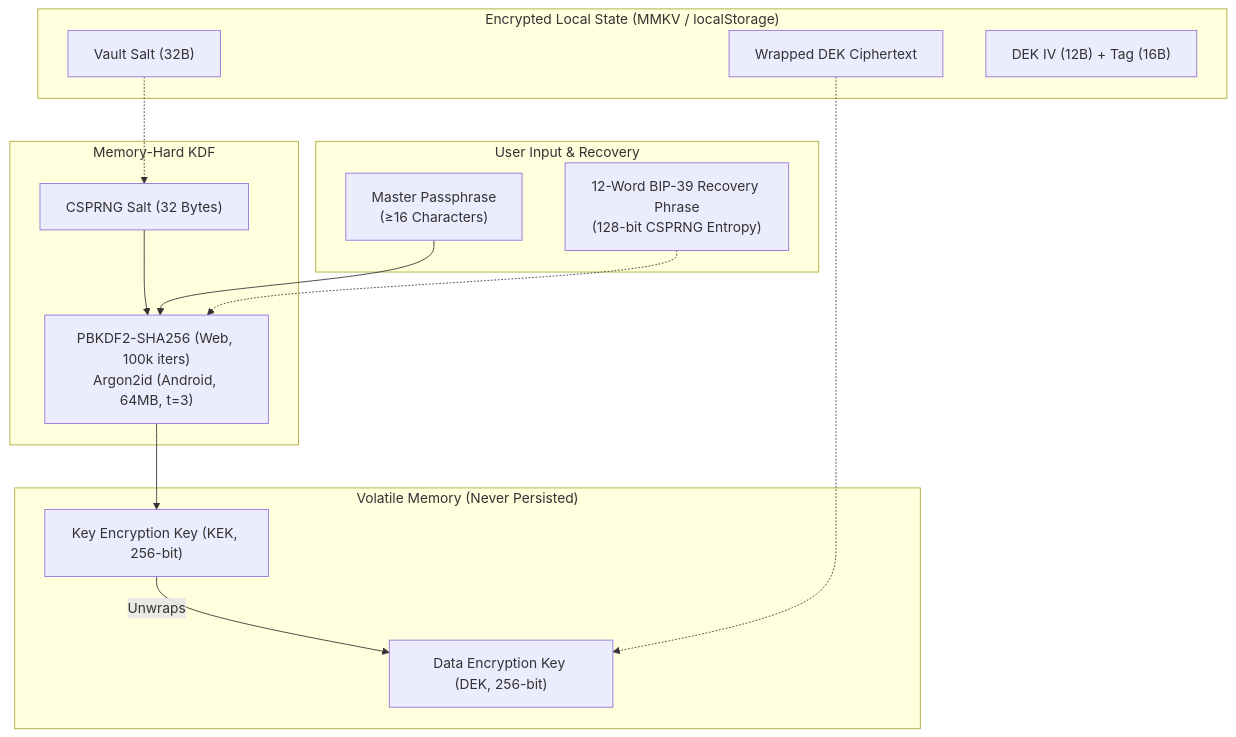
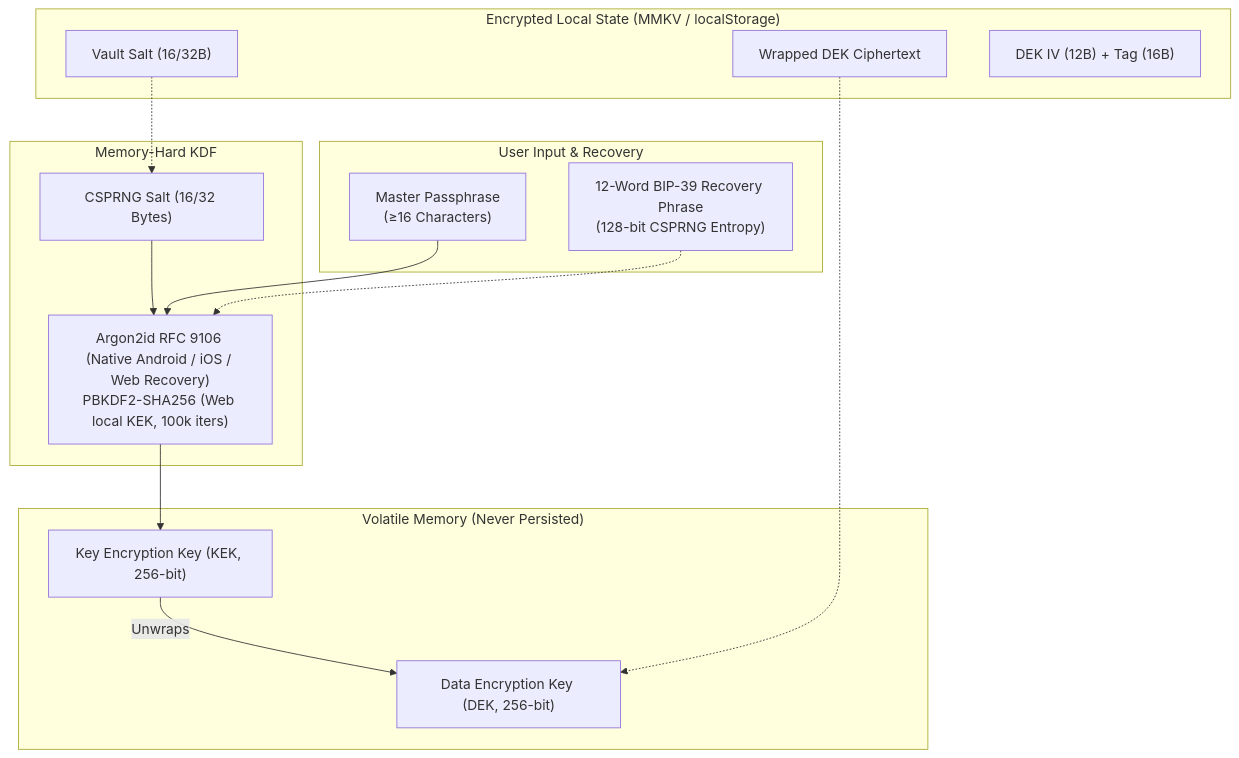
Before and after one commit to FROSTY-MUG/Ghost-Tag: the second of 5 diagrams in README.md, drawn with Mermaid. The commit also changed other lines of this file and 65 other files, not shown here.

````diff
--- a/README.md
+++ b/README.md
@@ -103,30 +110,30 @@
 ```mermaid
 flowchart TD
     subgraph UserCredentials["User Input & Recovery"]
         Passphrase["Master Passphrase<br/>(≥16 Characters)"]
         RecoveryPhrase["12-Word BIP-39 Recovery Phrase<br/>(128-bit CSPRNG Entropy)"]
     end
 
     subgraph KDFDerivation["Memory-Hard KDF"]
-        Salt["CSPRNG Salt (32 Bytes)"]
-        Salt --> DerivationEngine["PBKDF2-SHA256 (Web, 100k iters)<br/>Argon2id (Android, 64MB, t=3)"]
+        Salt["CSPRNG Salt (16/32 Bytes)"]
+        Salt --> DerivationEngine["Argon2id RFC 9106 (Native Android / iOS / Web Recovery)<br/>PBKDF2-SHA256 (Web local KEK, 100k iters)"]
         Passphrase --> DerivationEngine
         RecoveryPhrase -.-> DerivationEngine
     end
 
     subgraph MemoryTier["Volatile Memory (Never Persisted)"]
         KEK["Key Encryption Key (KEK, 256-bit)"]
         DEK["Data Encryption Key (DEK, 256-bit)"]
         DerivationEngine --> KEK
         KEK -->|Unwraps| DEK
     end
 
     subgraph LocalStorage["Encrypted Local State (MMKV / localStorage)"]
         WrappedDEK["Wrapped DEK Ciphertext"]
-        SaltStorage["Vault Salt (32B)"]
+        SaltStorage["Vault Salt (16/32B)"]
         IVStorage["DEK IV (12B) + Tag (16B)"]
     end
 
     WrappedDEK -.-> DEK
     SaltStorage -.-> Salt
 ```
````
